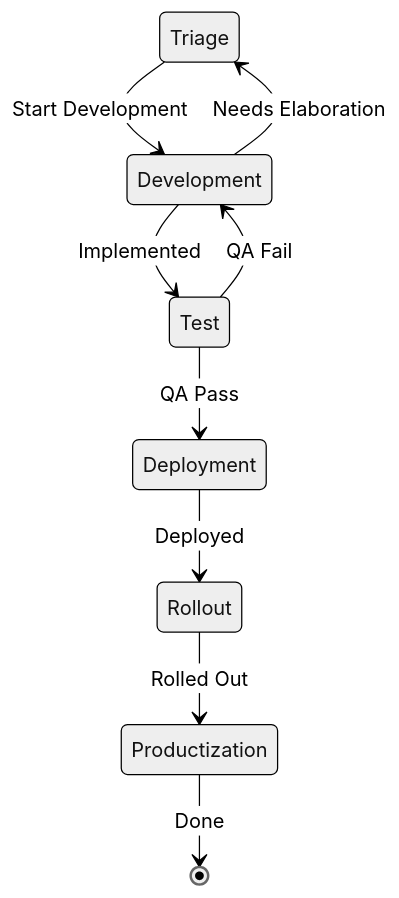
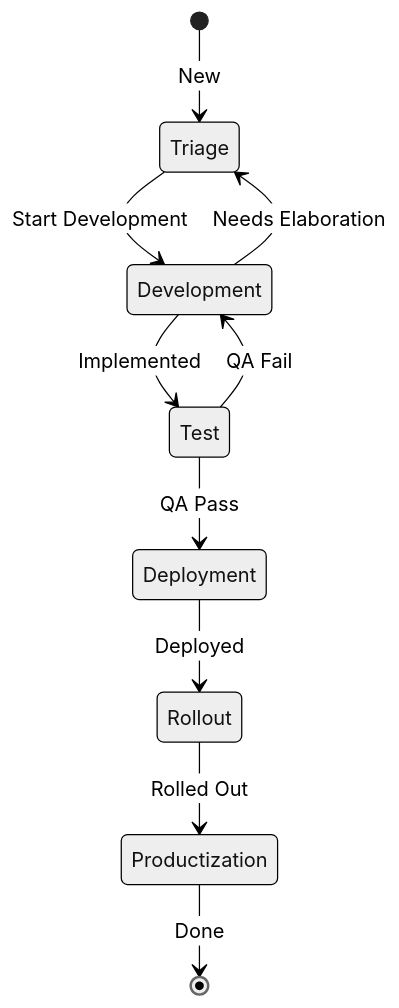
One commit to NyanHelsing/nyanhelsing.github.io changed the diagram in workflow.md. Above: the diagram before and after it, drawn with Mermaid (neutral theme). The commit also changed other lines of this file, not shown here.

````diff
--- a/workflow.md
+++ b/workflow.md
@@ -7,12 +9,13 @@
 ```mermaid
 stateDiagram-v2
+    [*] --> Triage: New
     Triage --> Development: Start Development
     Development --> Triage: Needs Elaboration
     Development --> Test: Implemented
     Test --> Development: QA Fail
     Test --> Deployment: QA Pass
     Deployment --> Rollout: Deployed
     Rollout --> Productization: Rolled Out
     Productization --> [*]: Done
     
 ```
````
